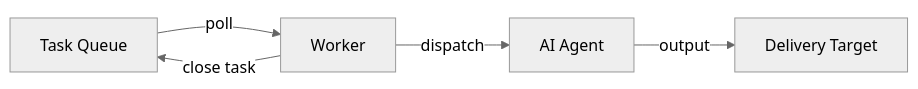
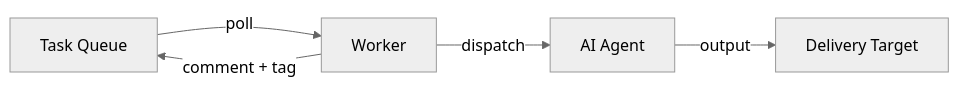
The first of 3 diagrams in docs/tutorial.md (owainlewis/agent-workers), drawn with Mermaid (neutral theme) before and after one commit. The commit also changed other lines of this file and 3 other files, not shown here.

````diff
--- a/docs/tutorial.md
+++ b/docs/tutorial.md
@@ -19,7 +19,7 @@
 ```mermaid
 graph LR
     A[Task Queue] -->|poll| B[Worker]
     B -->|dispatch| C[AI Agent]
     C -->|output| D[Delivery Target]
-    B -->|close task| A
+    B -->|"comment + tag"| A
 ```
````
